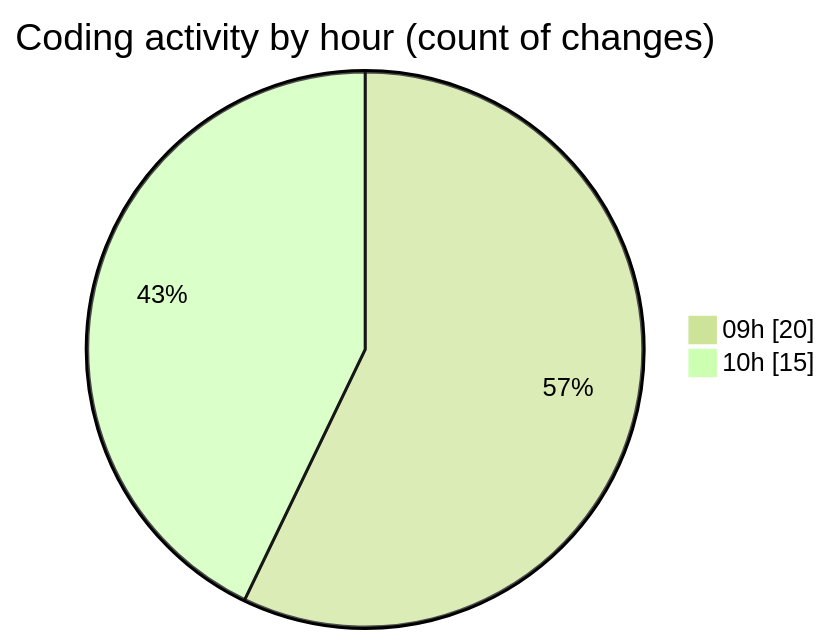
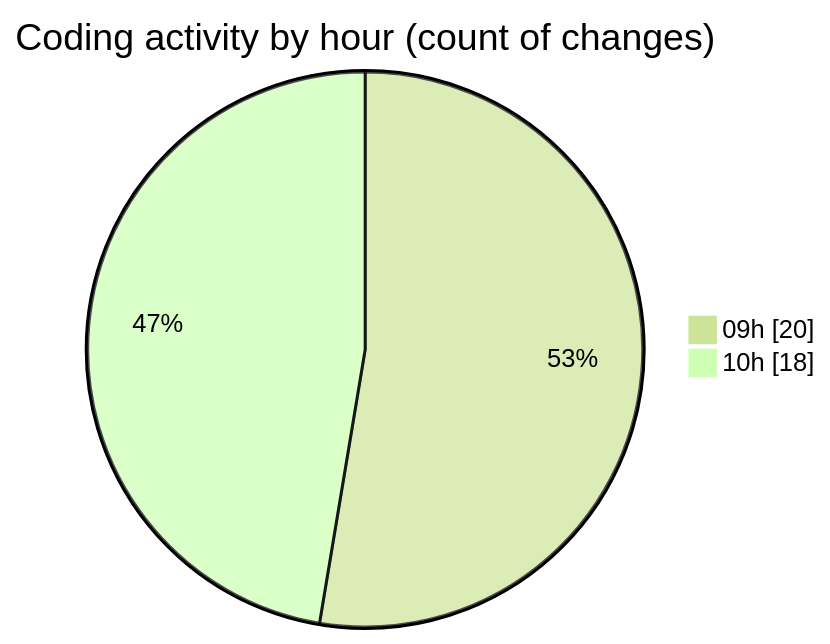
One commit to CELIANVF/code-tracking changed the second of 2 diagrams in 2025-06-06/ecodeli-1/README.md. Above: the diagram before and after it, drawn with Mermaid (forest theme). The commit also changed other lines of this file and 1 other file, not shown here.

````diff
--- a/2025-06-06/ecodeli-1/README.md
+++ b/2025-06-06/ecodeli-1/README.md
@@ -43,6 +45,6 @@
 ```mermaid
 pie showData
 title Coding activity by hour (count of changes)
 "09h" : 20
-"10h" : 15
+"10h" : 18
 ```
````
